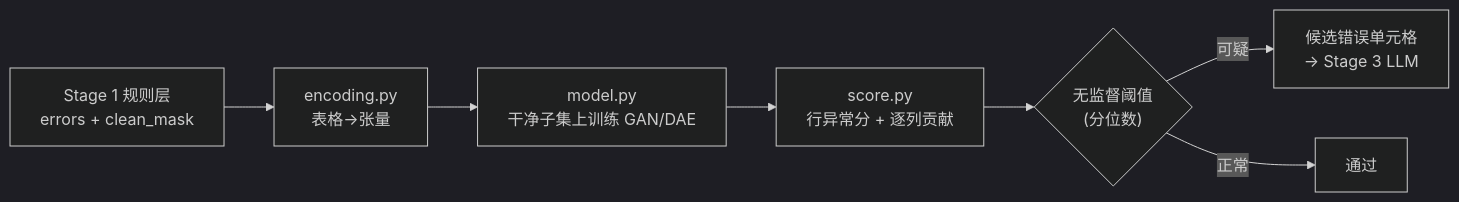
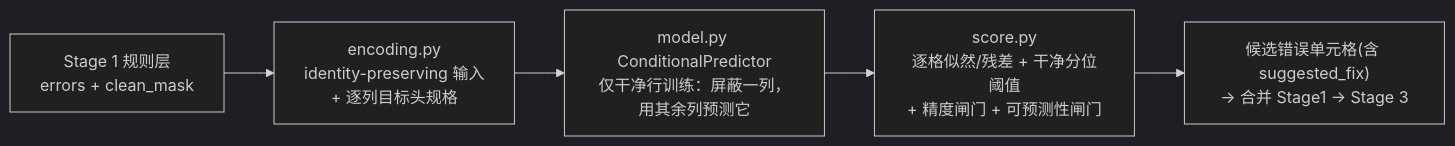
One commit to 1993371829/error_detect changed the first of 2 diagrams in stage_2/DESIGN.md. Above: the diagram before and after it, drawn with Mermaid (dark theme). The commit also changed other lines of this file and 12 other files, not shown here.

````diff
--- a/stage_2/DESIGN.md
+++ b/stage_2/DESIGN.md
@@ -19,9 +25,7 @@
 ```mermaid
 flowchart LR
-    S1["Stage 1 规则层<br/>errors + clean_mask"] --> ENC["encoding.py<br/>表格→张量"]
-    ENC --> TRAIN["model.py<br/>干净子集上训练 GAN/DAE"]
-    TRAIN --> SCORE["score.py<br/>行异常分 + 逐列贡献"]
-    SCORE --> TH{"无监督阈值<br/>(分位数)"}
-    TH -->|可疑| OUT["候选错误单元格<br/>→ Stage 3 LLM"]
-    TH -->|正常| PASS["通过"]
+    S1["Stage 1 规则层<br/>errors + clean_mask"] --> ENC["encoding.py<br/>identity-preserving 输入<br/>+ 逐列目标头规格"]
+    ENC --> TRAIN["model.py ConditionalPredictor<br/>仅干净行训练：屏蔽一列，用其余列预测它"]
+    TRAIN --> SCORE["score.py<br/>逐格似然/残差 + 干净分位阈值<br/>+ 精度闸门 + 可预测性闸门"]
+    SCORE --> OUT["候选错误单元格(含 suggested_fix)<br/>-> 合并 Stage1 -> Stage 3"]
 ```
````
